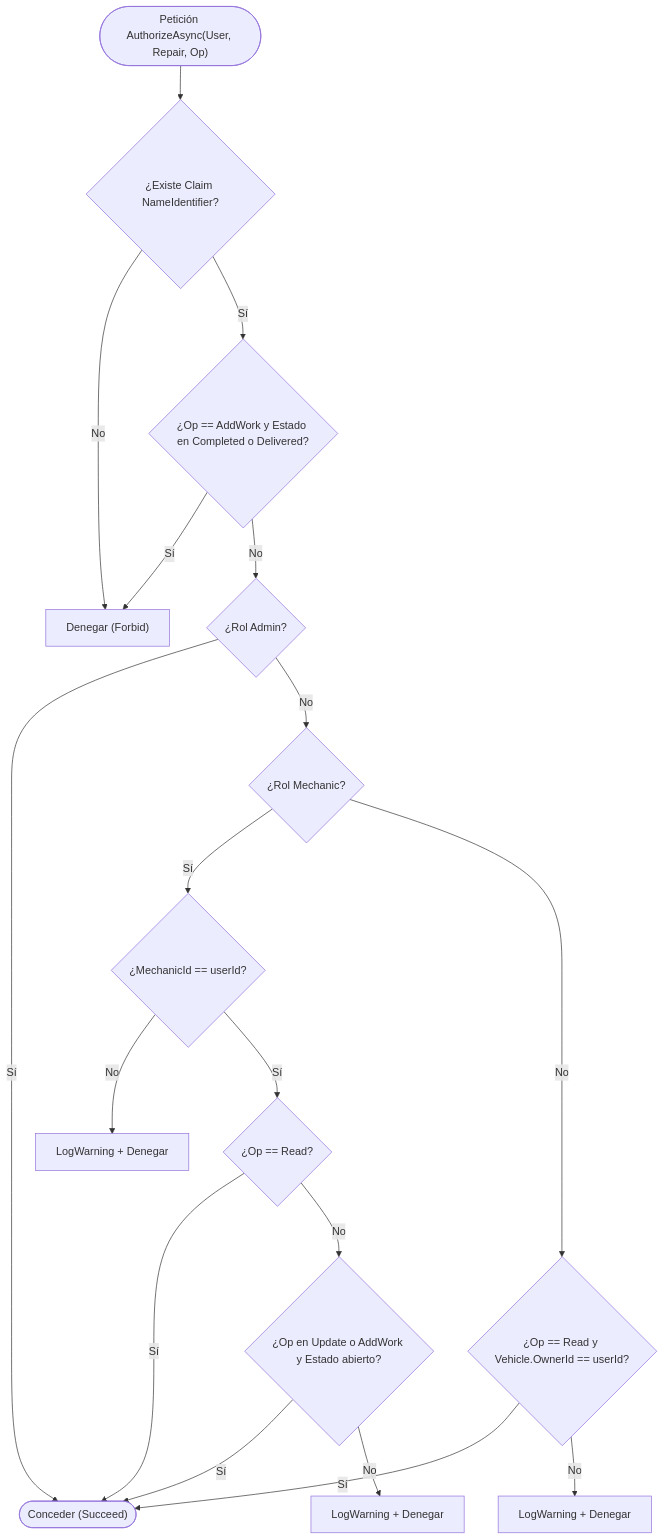
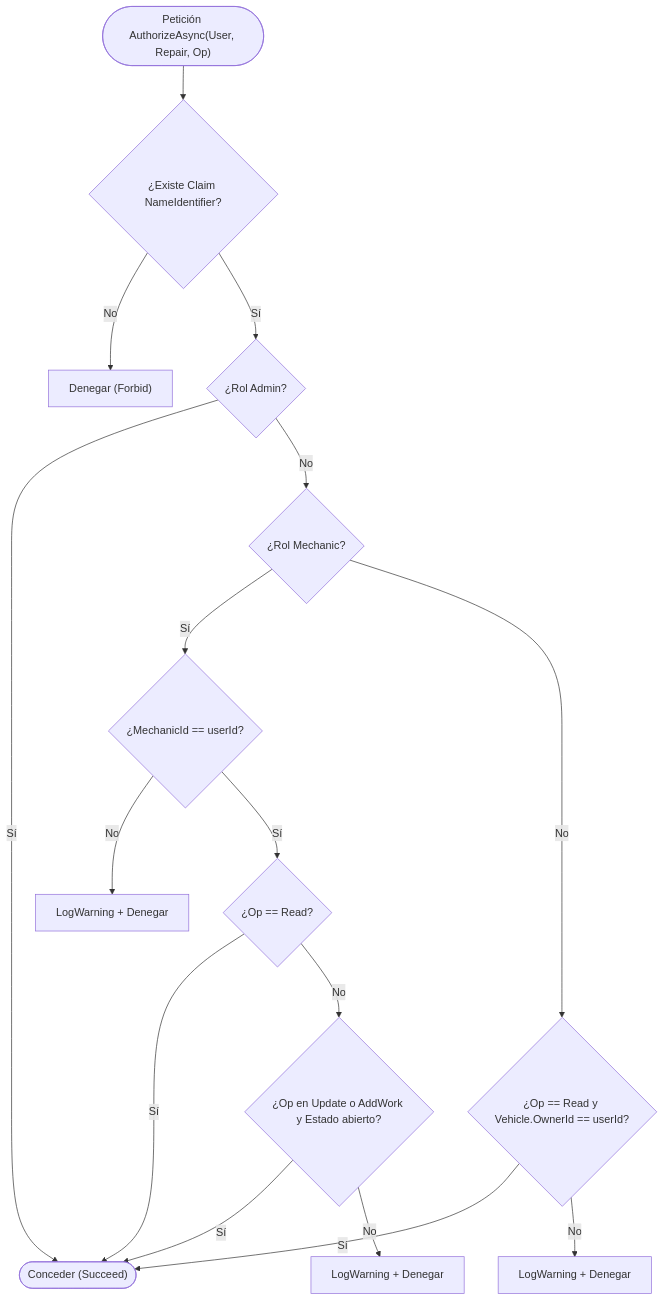
One commit to certidevs/g3_aspnet changed the fourth of 5 diagrams in docs/documentacion-tecnica-reparaciones.md. Above: the diagram before and after it, drawn with Mermaid. The commit also changed other lines of this file and 21 other files, not shown here.

````diff
--- a/docs/documentacion-tecnica-reparaciones.md
+++ b/docs/documentacion-tecnica-reparaciones.md
@@ -179,22 +180,20 @@
 ```mermaid
 flowchart TD
     A(["Petición AuthorizeAsync(User, Repair, Op)"]) --> B{"¿Existe Claim NameIdentifier?"}
     B -- No --> DENY["Denegar (Forbid)"]
-    B -- Sí --> C{"¿Op == AddWork y Estado en Completed o Delivered?"}
-    C -- Sí --> DENY
-    C -- No --> D{"¿Rol Admin?"}
+    B -- Sí --> D{"¿Rol Admin?"}
     D -- Sí --> OK(["Conceder (Succeed)"])
     D -- No --> E{"¿Rol Mechanic?"}
 
     E -- Sí --> F{"¿MechanicId == userId?"}
     F -- No --> LOG1["LogWarning + Denegar"]
     F -- Sí --> G{"¿Op == Read?"}
     G -- Sí --> OK
     G -- No --> H{"¿Op en Update o AddWork y Estado abierto?"}
     H -- Sí --> OK
     H -- No --> LOG2["LogWarning + Denegar"]
 
     E -- No --> I{"¿Op == Read y Vehicle.OwnerId == userId?"}
     I -- Sí --> OK
     I -- No --> LOG3["LogWarning + Denegar"]
 ```
````
